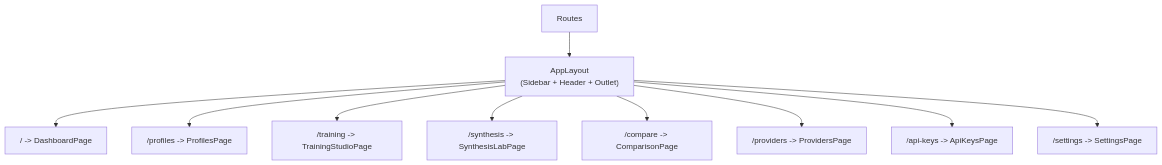
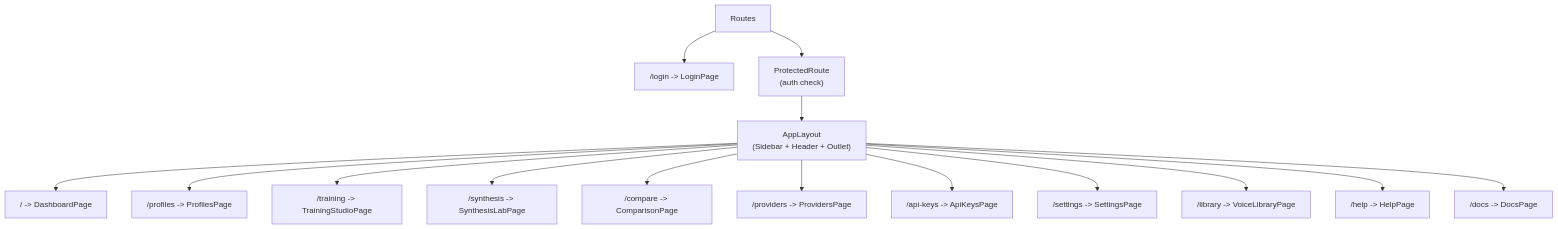
Before and after one commit to HouseGarofalo/atlas-vox: the first of 2 diagrams in docs/FRONTEND.md, drawn with Mermaid. The commit also changed other lines of this file and 67 other files, not shown here.

````diff
--- a/docs/FRONTEND.md
+++ b/docs/FRONTEND.md
@@ -105,12 +105,17 @@
 ```mermaid
 graph TD
-    Root["Routes"] --> Layout["AppLayout<br/>(Sidebar + Header + Outlet)"]
+    Root["Routes"] --> Login["/login -> LoginPage"]
+    Root --> Protected["ProtectedRoute<br/>(auth check)"]
+    Protected --> Layout["AppLayout<br/>(Sidebar + Header + Outlet)"]
     Layout --> Dash["/ -> DashboardPage"]
     Layout --> Prof["/profiles -> ProfilesPage"]
     Layout --> Train["/training -> TrainingStudioPage"]
     Layout --> Synth["/synthesis -> SynthesisLabPage"]
     Layout --> Comp["/compare -> ComparisonPage"]
     Layout --> Prov["/providers -> ProvidersPage"]
     Layout --> Keys["/api-keys -> ApiKeysPage"]
     Layout --> Set["/settings -> SettingsPage"]
+    Layout --> Lib["/library -> VoiceLibraryPage"]
+    Layout --> Help["/help -> HelpPage"]
+    Layout --> Docs["/docs -> DocsPage"]
 ```
````
